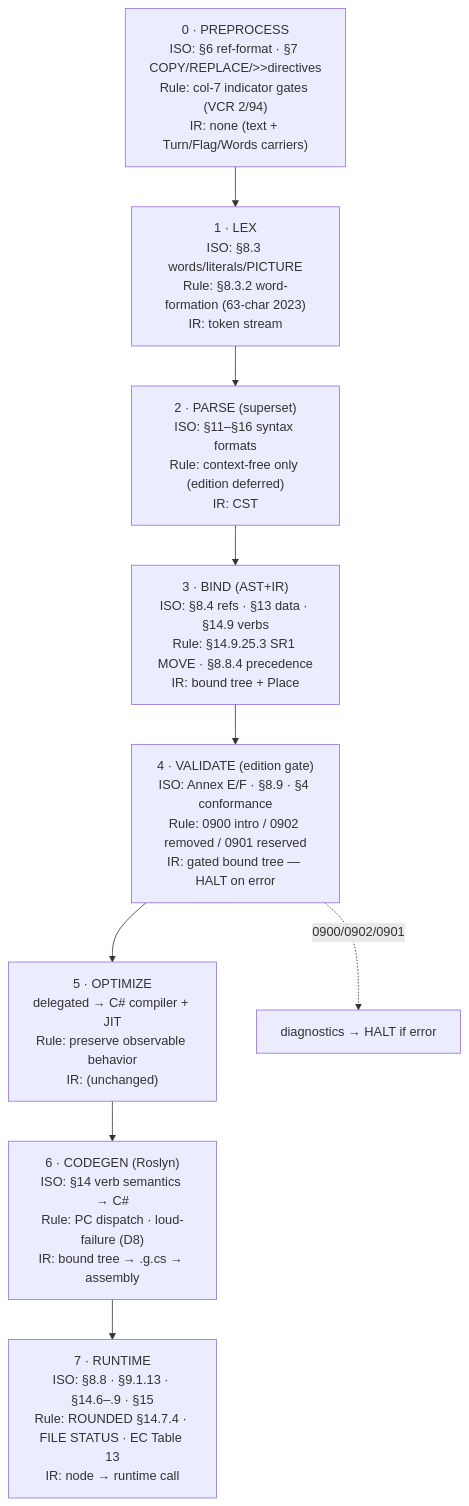
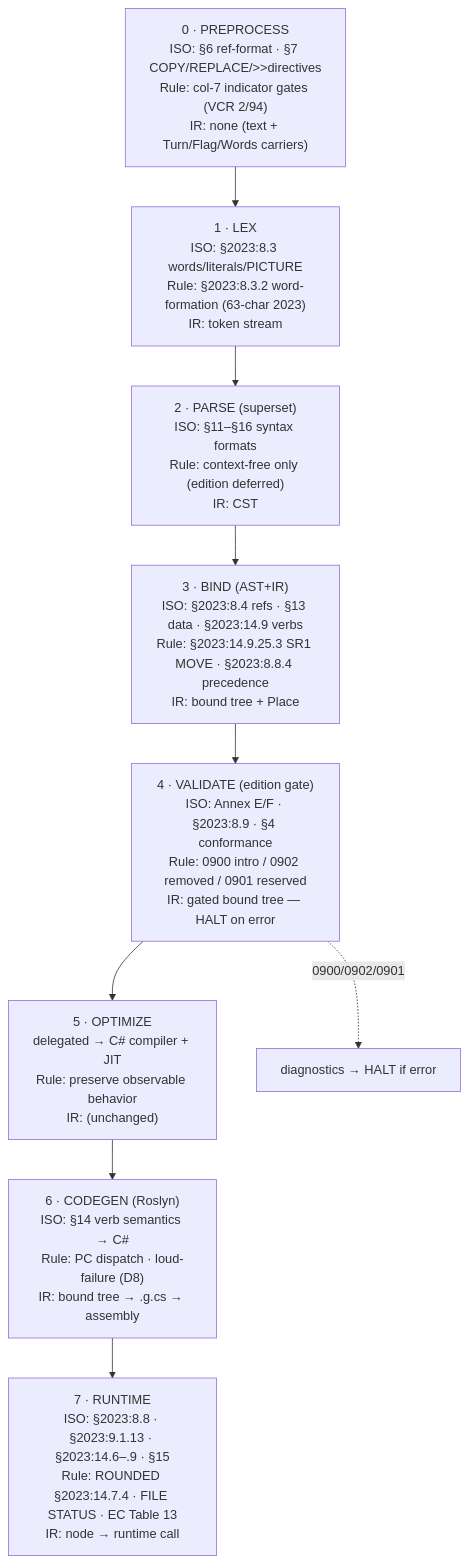
The second of 2 diagrams in kb/Diagrams/Compiler Pipeline Diagram.md (WiseOwlSoftware/COBOL), drawn with Mermaid before and after one commit. The commit also changed other lines of this file and 6309 other files, not shown here.

````diff
--- a/kb/Diagrams/Compiler Pipeline Diagram.md
+++ b/kb/Diagrams/Compiler Pipeline Diagram.md
@@ -59,13 +59,13 @@
 ```mermaid
 flowchart TD
     PRE["0 · PREPROCESS<br/>ISO: §6 ref-format · §7 COPY/REPLACE/>>directives<br/>Rule: col-7 indicator gates (VCR 2/94)<br/>IR: none (text + Turn/Flag/Words carriers)"]
-    LEX["1 · LEX<br/>ISO: §8.3 words/literals/PICTURE<br/>Rule: §8.3.2 word-formation (63-char 2023)<br/>IR: token stream"]
+    LEX["1 · LEX<br/>ISO: §2023:8.3 words/literals/PICTURE<br/>Rule: §2023:8.3.2 word-formation (63-char 2023)<br/>IR: token stream"]
     PARSE["2 · PARSE (superset)<br/>ISO: §11–§16 syntax formats<br/>Rule: context-free only (edition deferred)<br/>IR: CST"]
-    BIND["3 · BIND (AST+IR)<br/>ISO: §8.4 refs · §13 data · §14.9 verbs<br/>Rule: §14.9.25.3 SR1 MOVE · §8.8.4 precedence<br/>IR: bound tree + Place"]
-    VAL["4 · VALIDATE (edition gate)<br/>ISO: Annex E/F · §8.9 · §4 conformance<br/>Rule: 0900 intro / 0902 removed / 0901 reserved<br/>IR: gated bound tree — HALT on error"]
+    BIND["3 · BIND (AST+IR)<br/>ISO: §2023:8.4 refs · §13 data · §2023:14.9 verbs<br/>Rule: §2023:14.9.25.3 SR1 MOVE · §2023:8.8.4 precedence<br/>IR: bound tree + Place"]
+    VAL["4 · VALIDATE (edition gate)<br/>ISO: Annex E/F · §2023:8.9 · §4 conformance<br/>Rule: 0900 intro / 0902 removed / 0901 reserved<br/>IR: gated bound tree — HALT on error"]
     OPT["5 · OPTIMIZE<br/>delegated → C# compiler + JIT<br/>Rule: preserve observable behavior<br/>IR: (unchanged)"]
     GEN["6 · CODEGEN (Roslyn)<br/>ISO: §14 verb semantics → C#<br/>Rule: PC dispatch · loud-failure (D8)<br/>IR: bound tree → .g.cs → assembly"]
-    RUN["7 · RUNTIME<br/>ISO: §8.8 · §9.1.13 · §14.6–.9 · §15<br/>Rule: ROUNDED §14.7.4 · FILE STATUS · EC Table 13<br/>IR: node → runtime call"]
+    RUN["7 · RUNTIME<br/>ISO: §2023:8.8 · §2023:9.1.13 · §2023:14.6–.9 · §15<br/>Rule: ROUNDED §2023:14.7.4 · FILE STATUS · EC Table 13<br/>IR: node → runtime call"]
     PRE --> LEX --> PARSE --> BIND --> VAL --> OPT --> GEN --> RUN
     VAL -. "0900/0902/0901" .-> STOP["diagnostics → HALT if error"]
 ```
````
